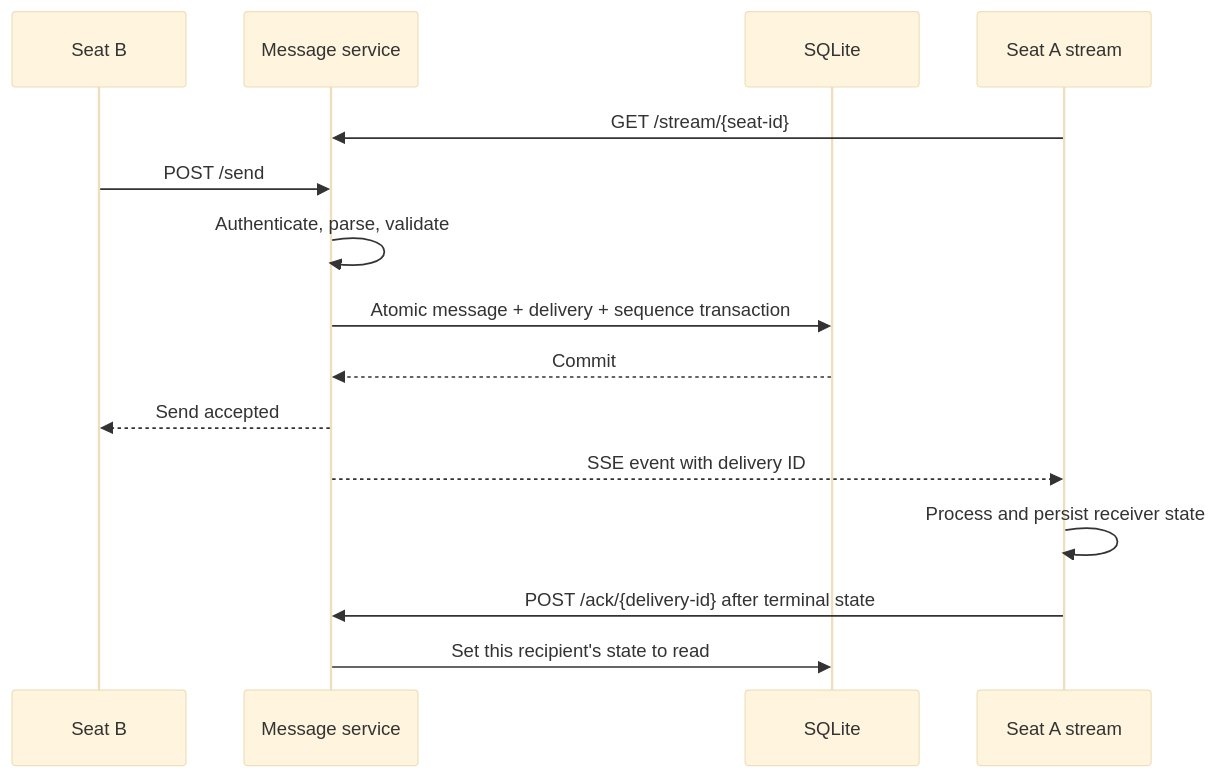
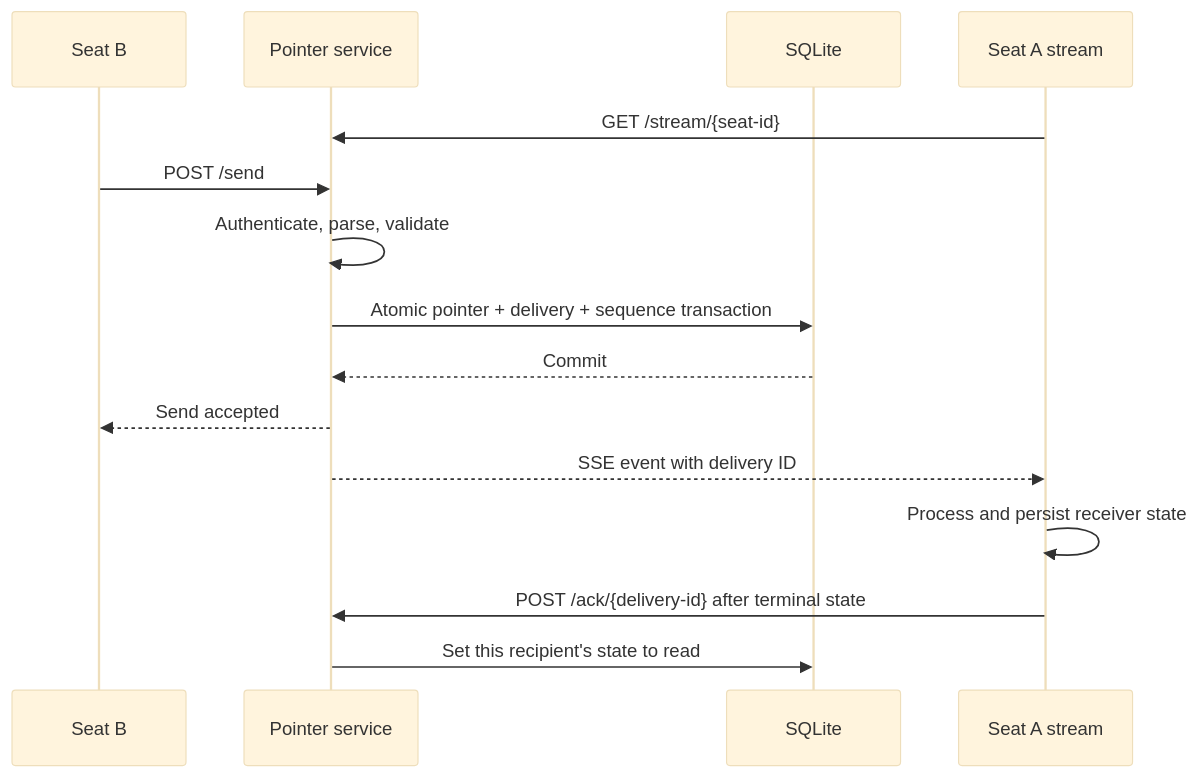
One commit to afroguy16/ovue changed the second of 2 diagrams in spec.md. Above: the diagram before and after it, drawn with Mermaid (base theme). The commit also changed other lines of this file and 10 other files, not shown here.

````diff
--- a/spec.md
+++ b/spec.md
@@ -203,18 +211,18 @@
 ```mermaid
 sequenceDiagram
     participant B as Seat B
-    participant S as Message service
+    participant S as Pointer service
     participant DB as SQLite
     participant A as Seat A stream
 
     A->>S: GET /stream/{seat-id}
     B->>S: POST /send
     S->>S: Authenticate, parse, validate
-    S->>DB: Atomic message + delivery + sequence transaction
+    S->>DB: Atomic pointer + delivery + sequence transaction
     DB-->>S: Commit
     S-->>B: Send accepted
     S-->>A: SSE event with delivery ID
     A->>A: Process and persist receiver state
     A->>S: POST /ack/{delivery-id} after terminal state
     S->>DB: Set this recipient's state to read
 ```
````
